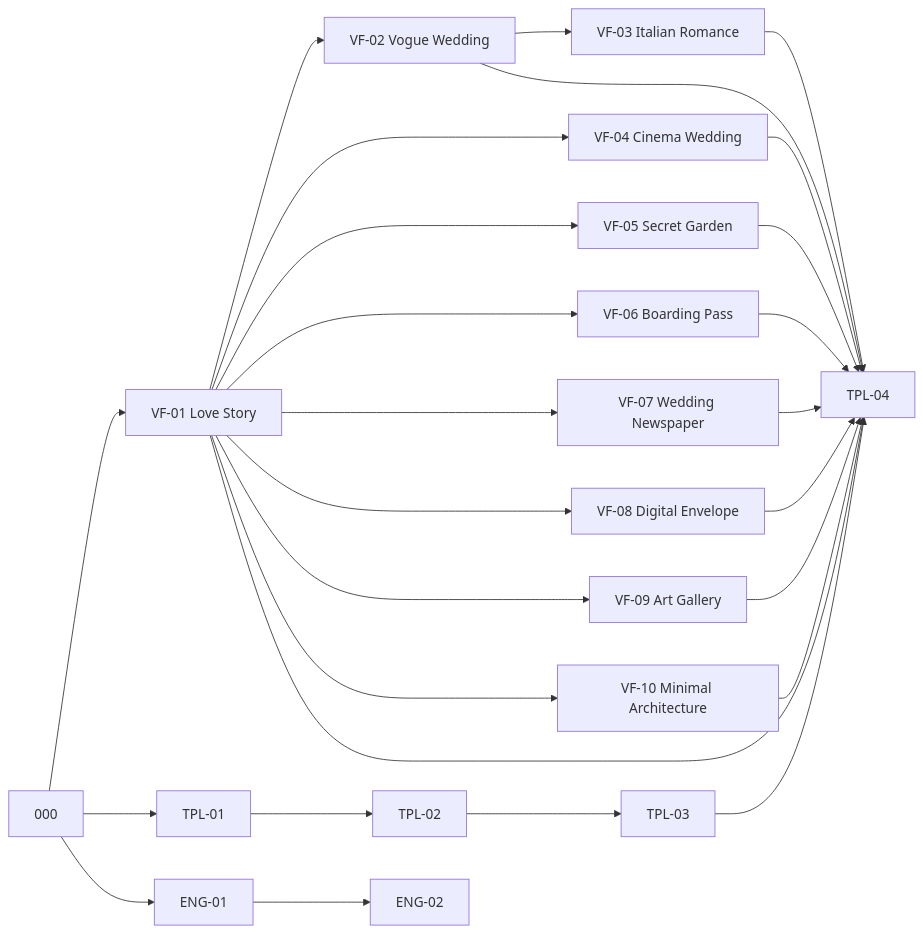
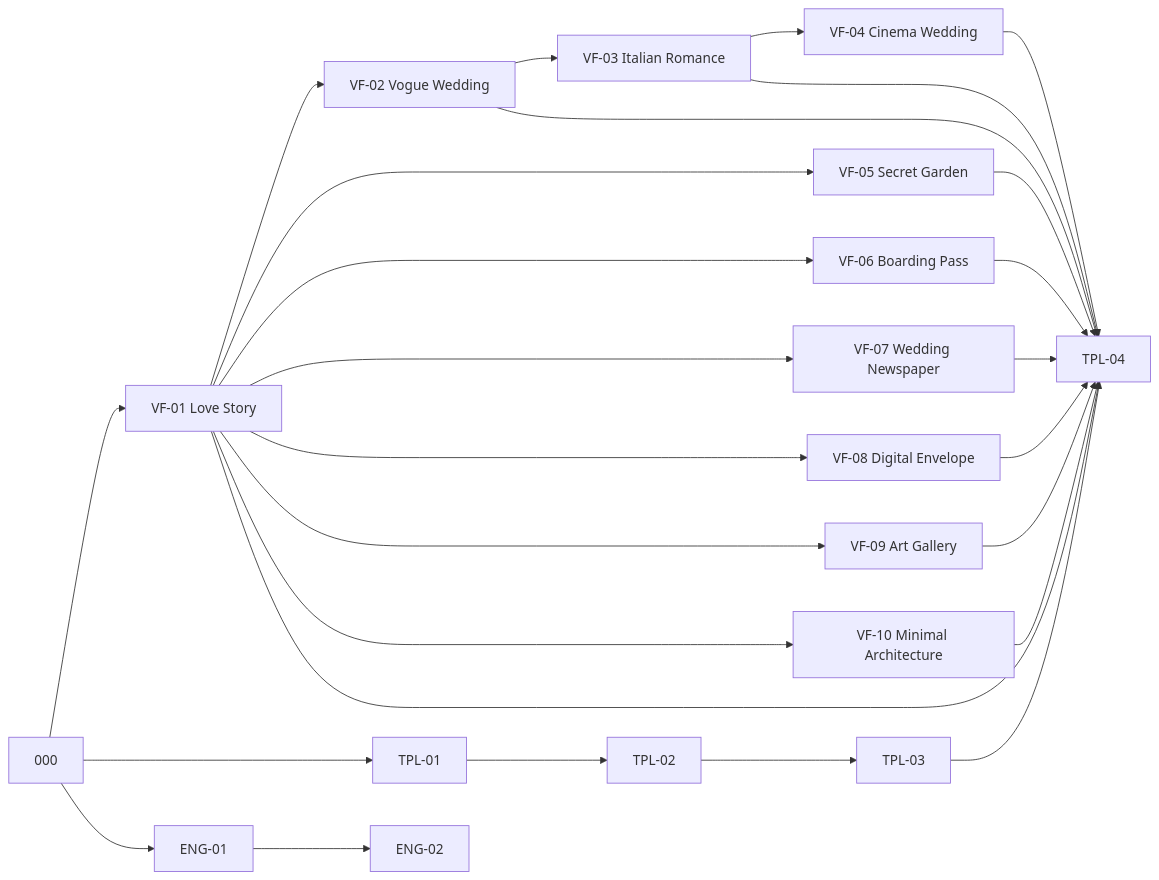
Before and after one commit to akkunov/invito: the first of 4 diagrams in docs/architecture/EVENTIQ-4.1-MASTER-PLAN.md, drawn with Mermaid. The commit also changed other lines of this file and 4 other files, not shown here.

````diff
--- a/docs/architecture/EVENTIQ-4.1-MASTER-PLAN.md
+++ b/docs/architecture/EVENTIQ-4.1-MASTER-PLAN.md
@@ -44,46 +44,46 @@
 ```mermaid
 flowchart LR
   T000["000"]
   TVF_01["VF-01 Love Story"]
   TVF_02["VF-02 Vogue Wedding"]
   TVF_03["VF-03 Italian Romance"]
   TVF_04["VF-04 Cinema Wedding"]
   TVF_05["VF-05 Secret Garden"]
   TVF_06["VF-06 Boarding Pass"]
   TVF_07["VF-07 Wedding Newspaper"]
   TVF_08["VF-08 Digital Envelope"]
   TVF_09["VF-09 Art Gallery"]
   TVF_10["VF-10 Minimal Architecture"]
   TTPL_01["TPL-01"]
   TTPL_02["TPL-02"]
   TTPL_03["TPL-03"]
   TTPL_04["TPL-04"]
   TENG_01["ENG-01"]
   TENG_02["ENG-02"]
   T000 --> TVF_01
   TVF_01 --> TVF_02
   TVF_02 --> TVF_03
-  TVF_01 --> TVF_04
+  TVF_03 --> TVF_04
   TVF_01 --> TVF_05
   TVF_01 --> TVF_06
   TVF_01 --> TVF_07
   TVF_01 --> TVF_08
   TVF_01 --> TVF_09
   TVF_01 --> TVF_10
   T000 --> TTPL_01
   TTPL_01 --> TTPL_02
   TTPL_02 --> TTPL_03
   TTPL_03 --> TTPL_04
   TVF_01 --> TTPL_04
   TVF_02 --> TTPL_04
   TVF_03 --> TTPL_04
   TVF_04 --> TTPL_04
   TVF_05 --> TTPL_04
   TVF_06 --> TTPL_04
   TVF_07 --> TTPL_04
   TVF_08 --> TTPL_04
   TVF_09 --> TTPL_04
   TVF_10 --> TTPL_04
   T000 --> TENG_01
   TENG_01 --> TENG_02
 ```
````
